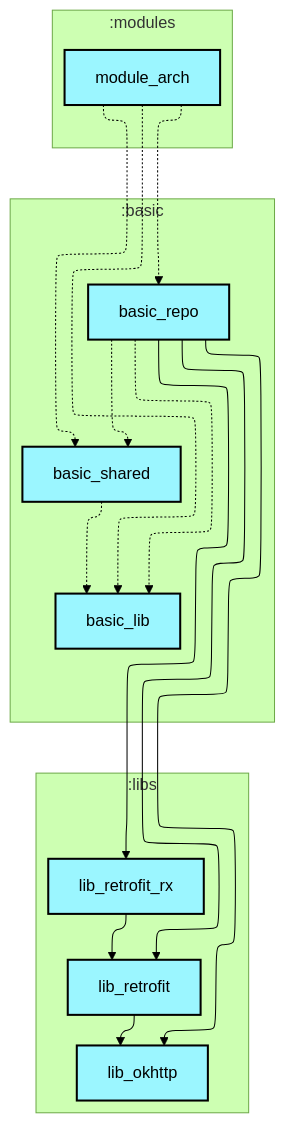
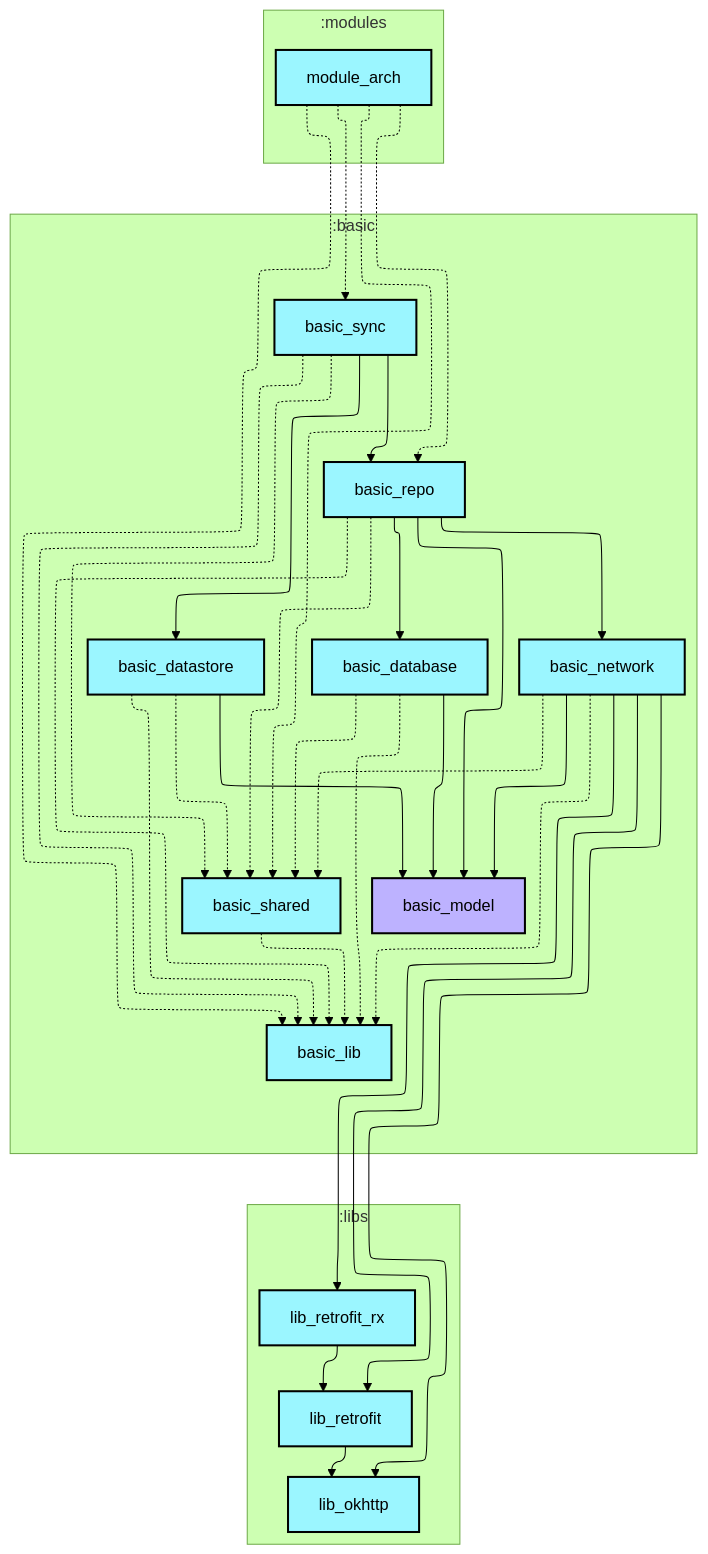
The first of 2 diagrams in modules/module_arch/README.md (wuwei94/MyApplication), drawn with Mermaid (forest theme) before and after one commit. The commit also changed 16 other files, not shown here.

````diff
--- a/modules/module_arch/README.md
+++ b/modules/module_arch/README.md
@@ -6,44 +6,66 @@
 ```mermaid
 ---
 config:
   layout: elk
   elk:
     nodePlacementStrategy: SIMPLE
 ---
 graph TB
   subgraph :modules
     direction TB
     :modules:module_arch[module_arch]:::android-library
   end
-  subgraph :basic
-    direction TB
-    :basic:basic_lib[basic_lib]:::android-library
-    :basic:basic_repo[basic_repo]:::android-library
-    :basic:basic_shared[basic_shared]:::android-library
-  end
   subgraph :libs
     direction TB
     :libs:lib_okhttp[lib_okhttp]:::android-library
     :libs:lib_retrofit[lib_retrofit]:::android-library
     :libs:lib_retrofit_rx[lib_retrofit_rx]:::android-library
   end
+  subgraph :basic
+    direction TB
+    :basic:basic_database[basic_database]:::android-library
+    :basic:basic_datastore[basic_datastore]:::android-library
+    :basic:basic_lib[basic_lib]:::android-library
+    :basic:basic_model[basic_model]:::jvm-library
+    :basic:basic_network[basic_network]:::android-library
+    :basic:basic_repo[basic_repo]:::android-library
+    :basic:basic_shared[basic_shared]:::android-library
+    :basic:basic_sync[basic_sync]:::android-library
+  end
 
+  :basic:basic_database -.-> :basic:basic_lib
+  :basic:basic_database --> :basic:basic_model
+  :basic:basic_database -.-> :basic:basic_shared
+  :basic:basic_datastore -.-> :basic:basic_lib
+  :basic:basic_datastore --> :basic:basic_model
+  :basic:basic_datastore -.-> :basic:basic_shared
+  :basic:basic_network -.-> :basic:basic_lib
+  :basic:basic_network --> :basic:basic_model
+  :basic:basic_network -.-> :basic:basic_shared
+  :basic:basic_network --> :libs:lib_okhttp
+  :basic:basic_network --> :libs:lib_retrofit
+  :basic:basic_network --> :libs:lib_retrofit_rx
+  :basic:basic_repo --> :basic:basic_database
   :basic:basic_repo -.-> :basic:basic_lib
+  :basic:basic_repo --> :basic:basic_model
+  :basic:basic_repo --> :basic:basic_network
   :basic:basic_repo -.-> :basic:basic_shared
-  :basic:basic_repo --> :libs:lib_okhttp
-  :basic:basic_repo --> :libs:lib_retrofit
-  :basic:basic_repo --> :libs:lib_retrofit_rx
   :basic:basic_shared -.-> :basic:basic_lib
+  :basic:basic_sync --> :basic:basic_datastore
+  :basic:basic_sync -.-> :basic:basic_lib
+  :basic:basic_sync --> :basic:basic_repo
+  :basic:basic_sync -.-> :basic:basic_shared
   :libs:lib_retrofit --> :libs:lib_okhttp
   :libs:lib_retrofit_rx --> :libs:lib_retrofit
   :modules:module_arch -.-> :basic:basic_lib
   :modules:module_arch -.-> :basic:basic_repo
   :modules:module_arch -.-> :basic:basic_shared
+  :modules:module_arch -.-> :basic:basic_sync
 
 classDef android-application fill:#CAFFBF,stroke:#000,stroke-width:2px,color:#000;
 classDef android-feature fill:#FFD6A5,stroke:#000,stroke-width:2px,color:#000;
 classDef android-library fill:#9BF6FF,stroke:#000,stroke-width:2px,color:#000;
 classDef android-test fill:#A0C4FF,stroke:#000,stroke-width:2px,color:#000;
 classDef jvm-library fill:#BDB2FF,stroke:#000,stroke-width:2px,color:#000;
 classDef unknown fill:#FFADAD,stroke:#000,stroke-width:2px,color:#000;
 ```
````
